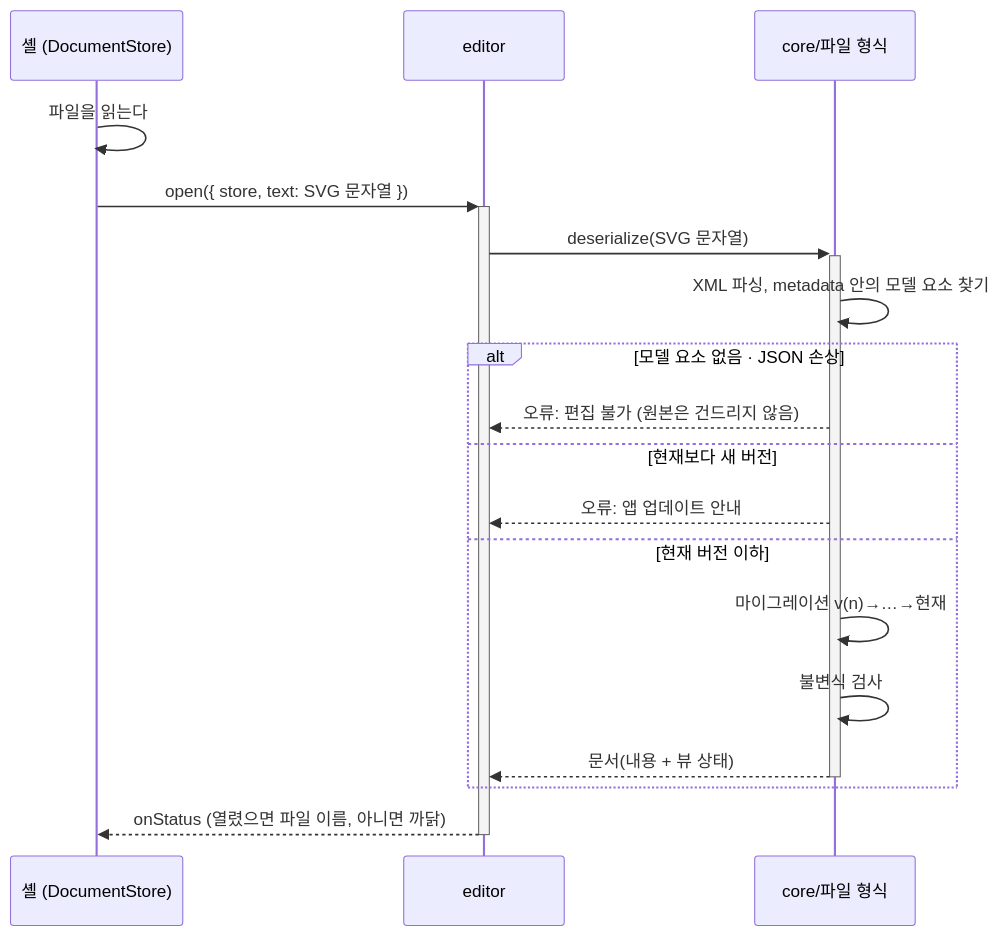
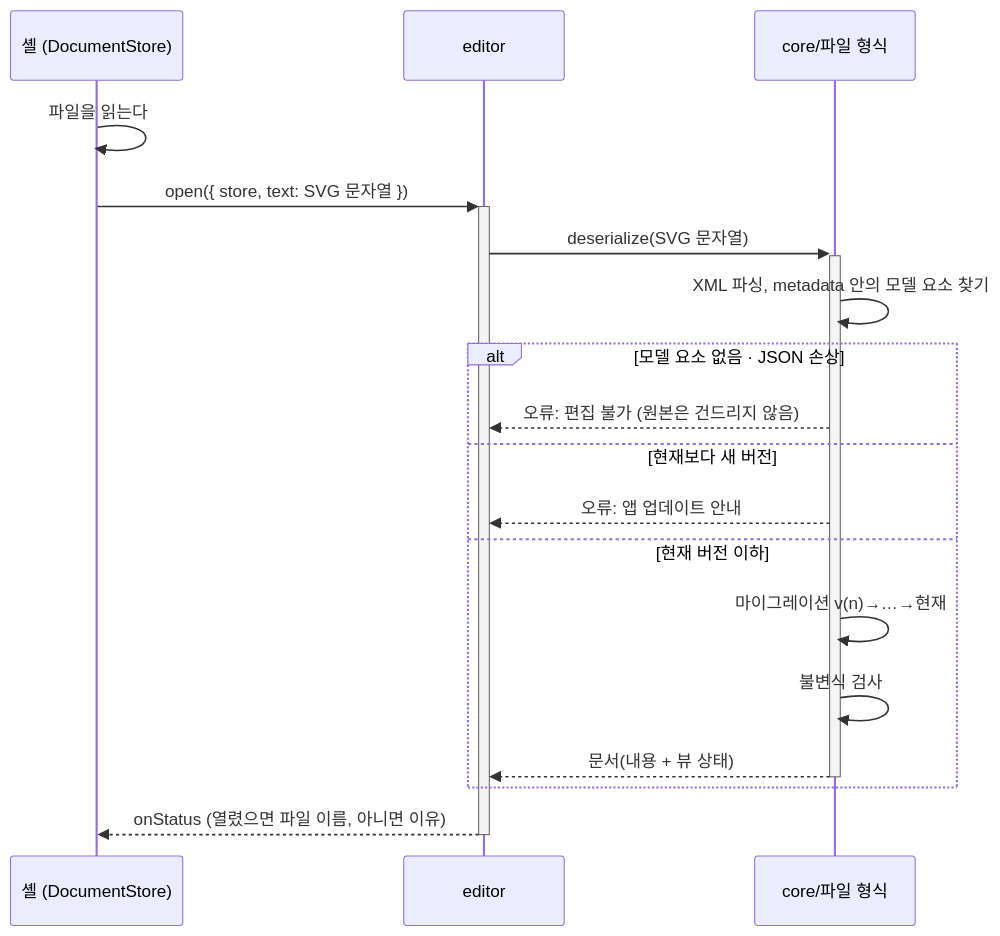
Before and after one commit to reddiana/AriadneNSD: the second of 2 diagrams in docs/05-spec/01-file-format.md, drawn with Mermaid. The commit also changed other lines of this file and 5 other files, not shown here.

````diff
--- a/docs/05-spec/01-file-format.md
+++ b/docs/05-spec/01-file-format.md
@@ -209,20 +209,20 @@
 ```mermaid
 sequenceDiagram
     participant S as 셸 (DocumentStore)
     participant E as editor
     participant F as core/파일 형식
     S->>S: 파일을 읽는다
     S->>+E: open({ store, text: SVG 문자열 })
     E->>+F: deserialize(SVG 문자열)
     F->>F: XML 파싱, metadata 안의 모델 요소 찾기
     alt 모델 요소 없음 · JSON 손상
         F-->>E: 오류: 편집 불가 (원본은 건드리지 않음)
     else 현재보다 새 버전
         F-->>E: 오류: 앱 업데이트 안내
     else 현재 버전 이하
         F->>F: 마이그레이션 v(n)→…→현재
         F->>F: 불변식 검사
         F-->>-E: 문서(내용 + 뷰 상태)
     end
-    E-->>-S: onStatus (열렸으면 파일 이름, 아니면 까닭)
+    E-->>-S: onStatus (열렸으면 파일 이름, 아니면 이유)
 ```
````
